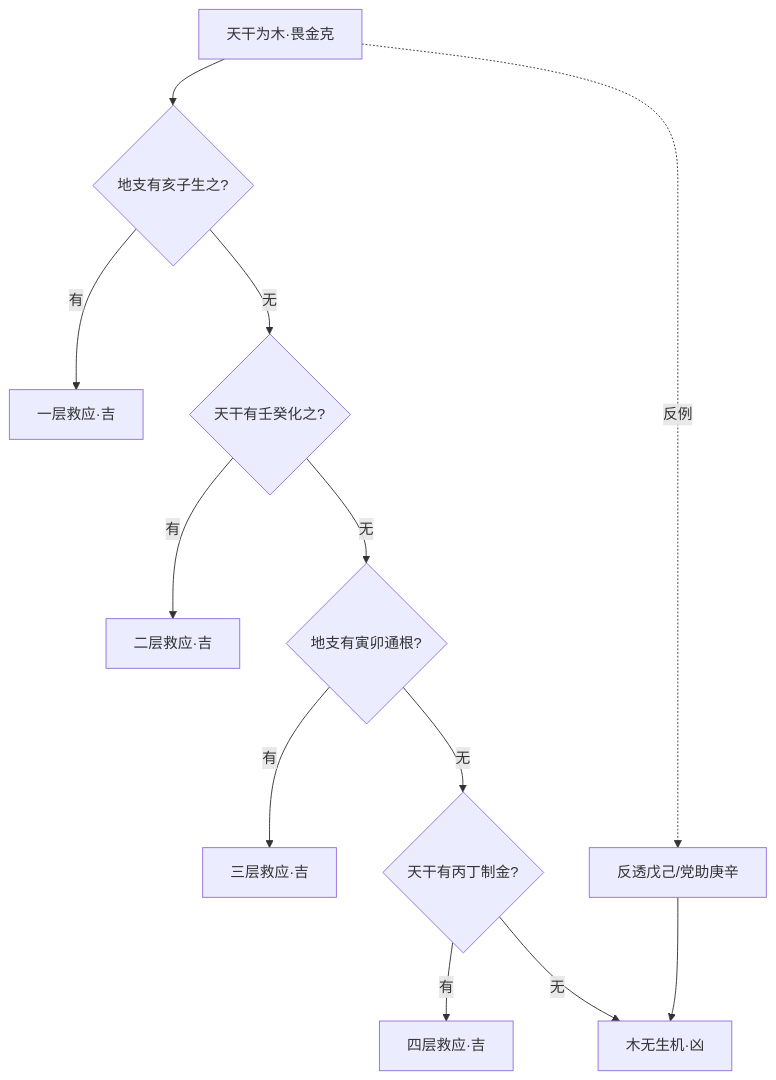
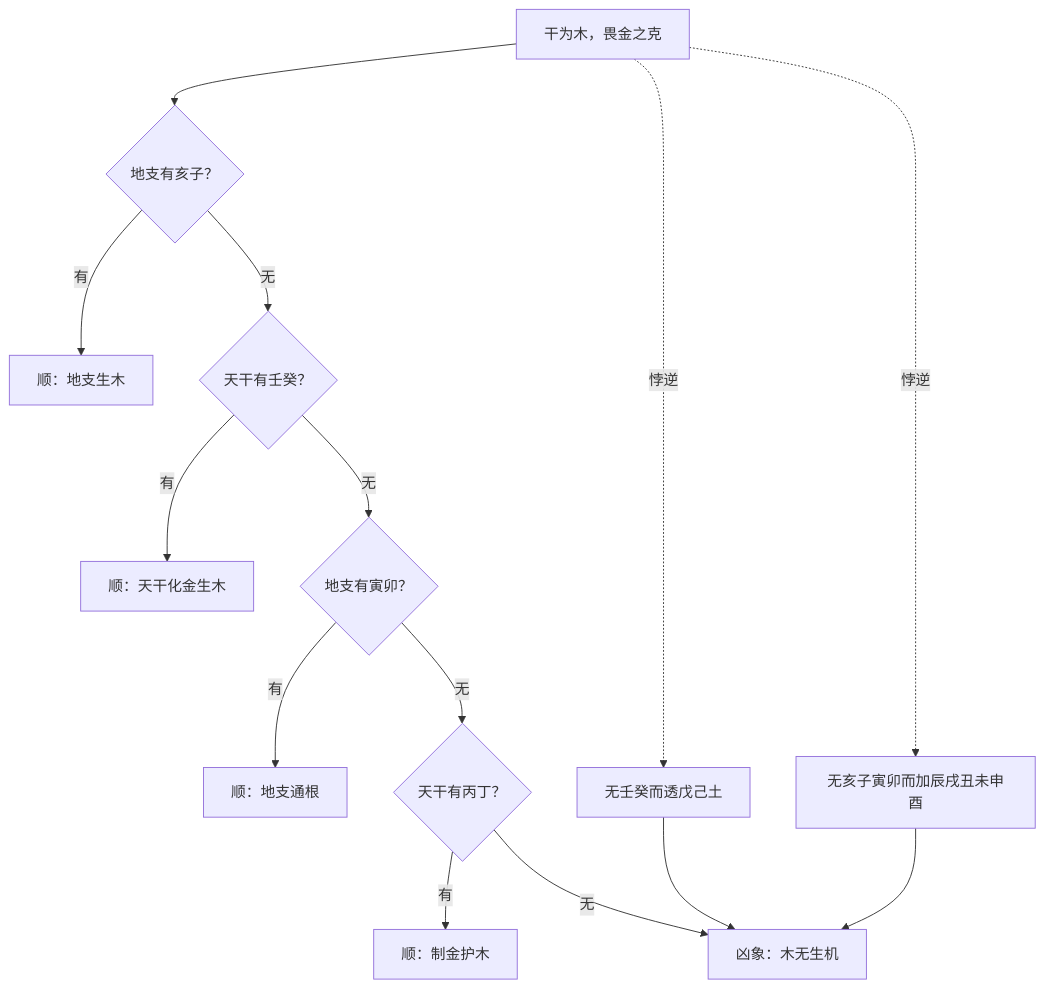
One commit to Banny-Gao/mingli-research changed the diagram in books/滴天髓阐微/articles/人道/interpretation.md. Above: the diagram before and after it, drawn with Mermaid. The commit also changed other lines of this file and 11 other files, not shown here.

````diff
--- a/books/滴天髓阐微/articles/人道/interpretation.md
+++ b/books/滴天髓阐微/articles/人道/interpretation.md
@@ -32,13 +45,16 @@
 ```mermaid
 flowchart TD
-    A[天干为木·畏金克] --> B{地支有亥子生之?}
-    B -->|有| C[一层救应·吉]
-    B -->|无| D{天干有壬癸化之?}
-    D -->|有| E[二层救应·吉]
-    D -->|无| F{地支有寅卯通根?}
-    F -->|有| G[三层救应·吉]
-    F -->|无| H{天干有丙丁制金?}
-    H -->|有| I[四层救应·吉]
-    H -->|无| J[木无生机·凶]
-    A -.反例.-> K[反透戊己/党助庚辛] --> J
+    A[干为木，畏金之克] --> B{地支有亥子？}
+    B -->|有| C[顺：地支生木]
+    B -->|无| D{天干有壬癸？}
+    D -->|有| E[顺：天干化金生木]
+    D -->|无| F{地支有寅卯？}
+    F -->|有| G[顺：地支通根]
+    F -->|无| H{天干有丙丁？}
+    H -->|有| I[顺：制金护木]
+    H -->|无| J[凶象：木无生机]
+    A -.悖逆.-> K[无壬癸而透戊己土]
+    A -.悖逆.-> L[无亥子寅卯而加辰戌丑未申酉]
+    K --> J
+    L --> J
 ```
````
